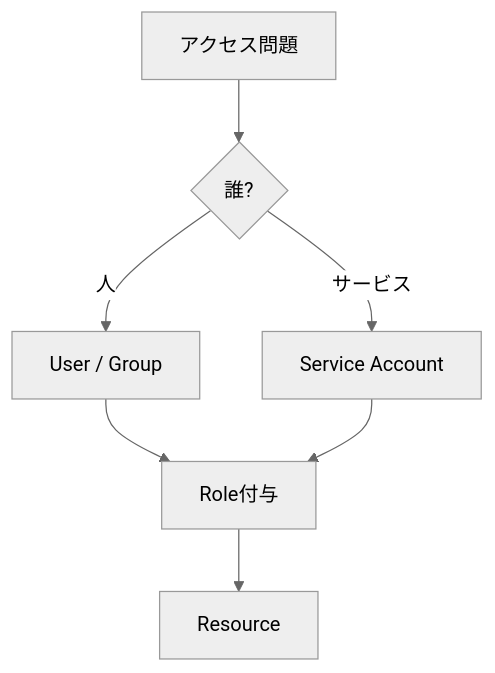
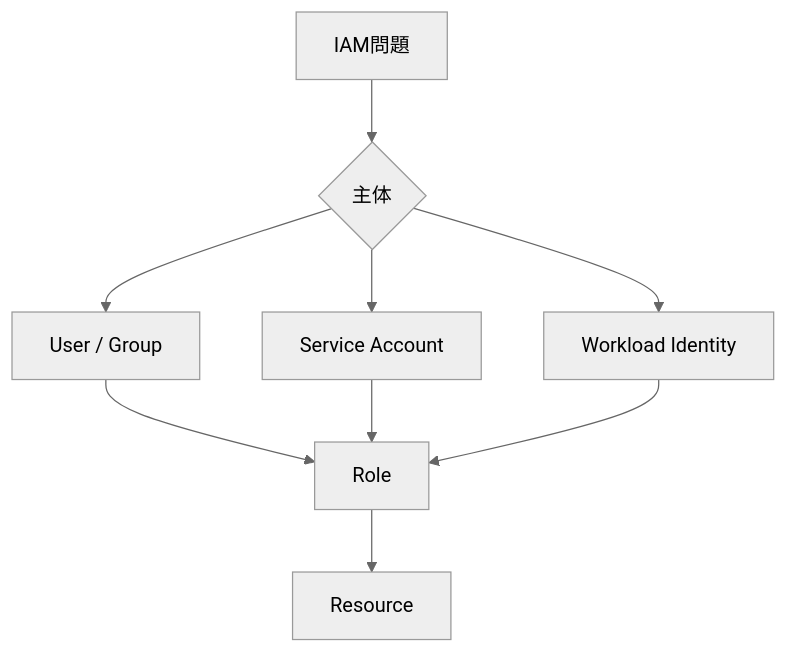
One commit to conti0513/development_public changed diagram 14 of 14 in 06_LAB/01_GCP_ACE_HACK/sessions_ver262/01_iam.md. Above: the diagram before and after it, drawn with Mermaid (neutral theme). The commit also changed other lines of this file and 1 other file, not shown here.

````diff
--- a/06_LAB/01_GCP_ACE_HACK/sessions_ver262/01_iam.md
+++ b/06_LAB/01_GCP_ACE_HACK/sessions_ver262/01_iam.md
@@ -234,12 +478,15 @@
 ```mermaid
 flowchart TD
-Q[アクセス問題] --> A{誰?}
 
-A -->|人| B[User / Group]
-A -->|サービス| C[Service Account]
+Start[IAM問題] --> Who{主体}
 
-B --> D[Role付与]
-C --> D
+Who --> Human[User / Group]
+Who --> VM[Service Account]
+Who --> Pod[Workload Identity]
 
-D --> E[Resource]
+Human --> Role
+VM --> Role
+Pod --> Role
+
+Role --> Resource
 ```
````
